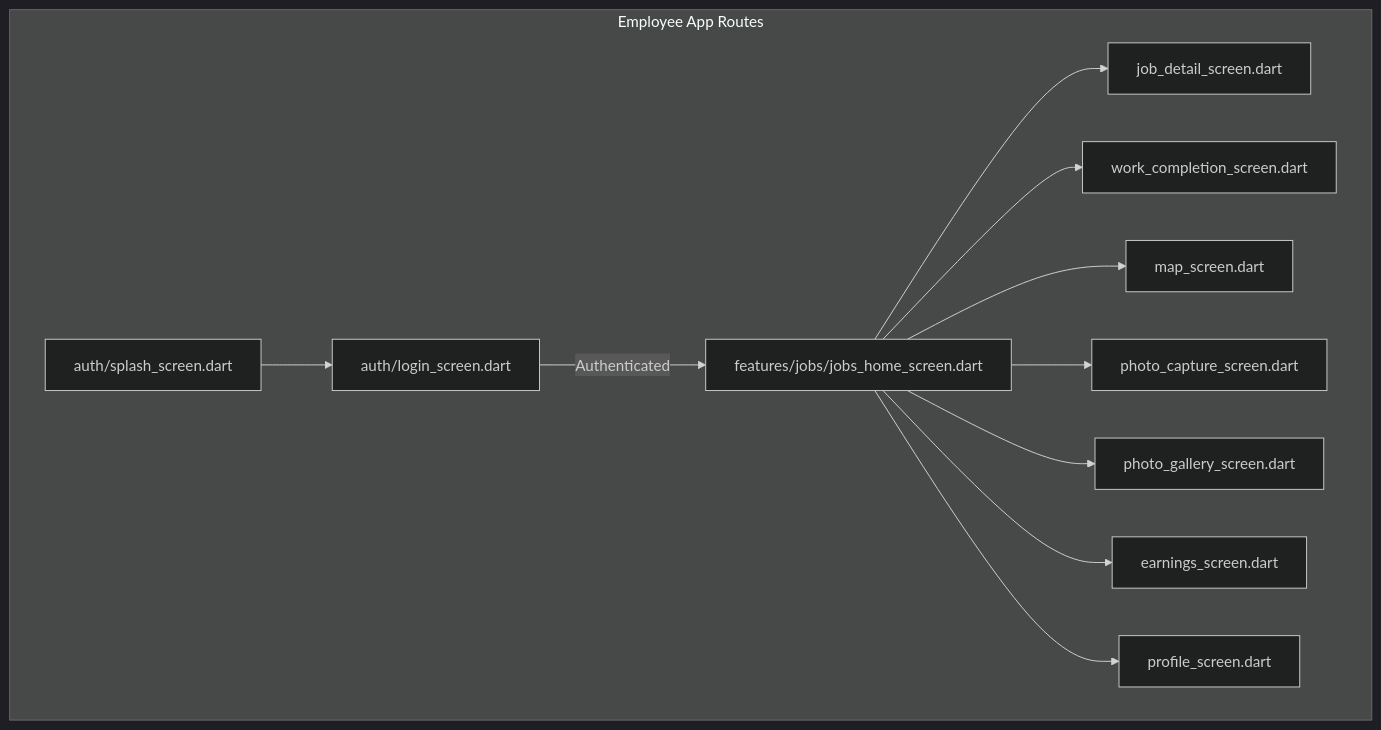
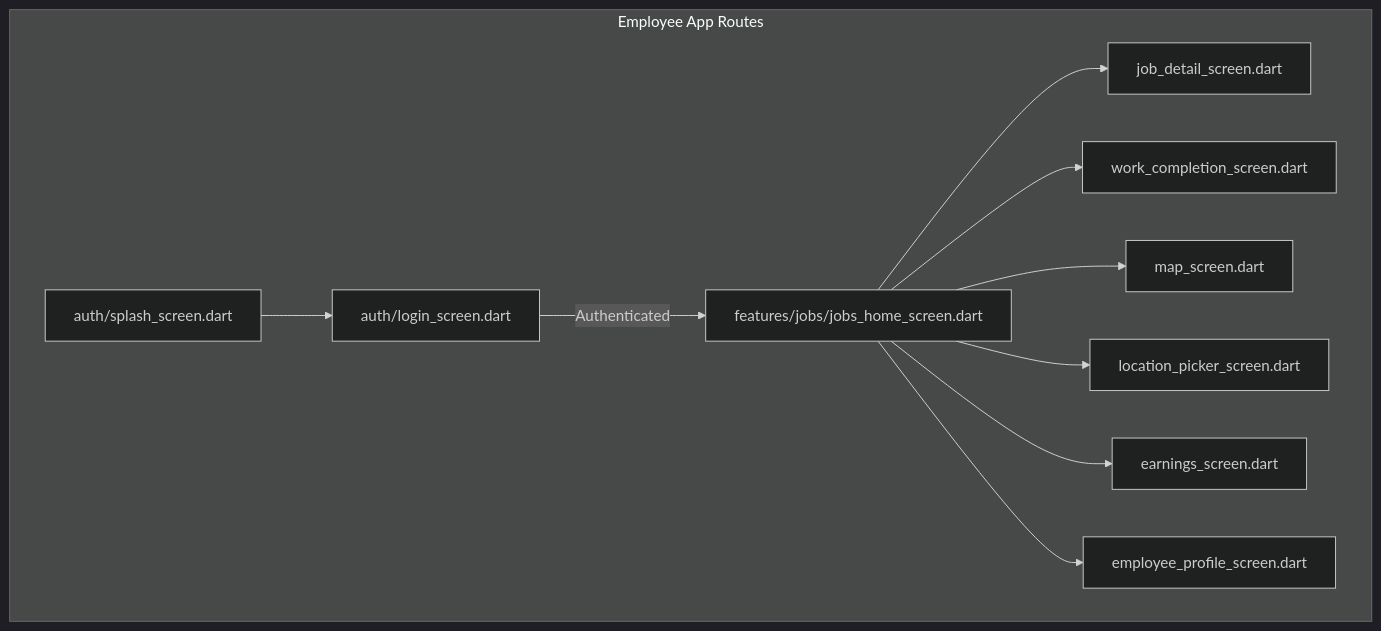
The second of 2 diagrams in Architecture/05_Mobile_Navigation/README.md (Pushkarjay/SafeCom-Application), drawn with Mermaid (dark theme) before and after one commit. The commit also changed other lines of this file and 18 other files, not shown here.

First line of the commit message:
docs: audit architecture 2026-05-09 → 2026-08-09 — append deltas, add 21_UI_UX

````diff
--- a/Architecture/05_Mobile_Navigation/README.md
+++ b/Architecture/05_Mobile_Navigation/README.md
@@ -91,18 +120,17 @@
 ```mermaid
 flowchart TB
     subgraph "Employee App Routes"
         Splash[auth/splash_screen.dart] --> Login
         Login[auth/login_screen.dart] -->|Authenticated| JobsHome
 
         JobsHome[features/jobs/jobs_home_screen.dart]
         JobsHome --> JobDetail[job_detail_screen.dart]
         JobsHome --> WorkComplete[work_completion_screen.dart]
 
         JobsHome --> Map[map_screen.dart]
-        JobsHome --> Photo[photo_capture_screen.dart]
-        JobsHome --> Gallery[photo_gallery_screen.dart]
+        JobsHome --> LocPicker[location_picker_screen.dart]
 
         JobsHome --> Earnings[earnings_screen.dart]
-        JobsHome --> Profile[profile_screen.dart]
+        JobsHome --> Profile[employee_profile_screen.dart]
     end
 ```
````
